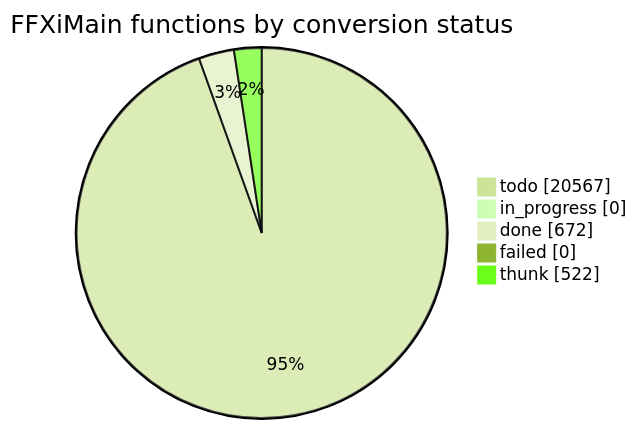
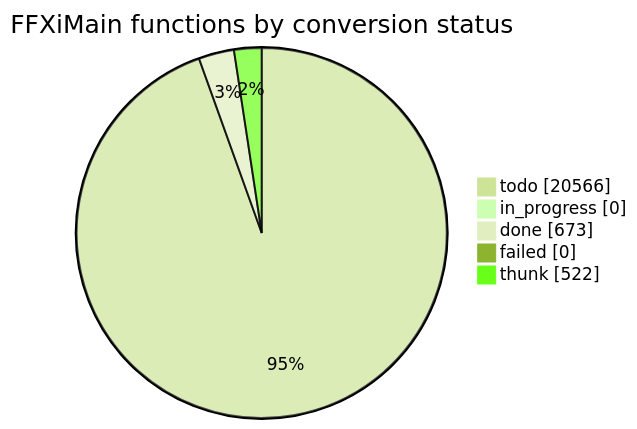
Before and after one commit to cowrevenge/cow_kuluu_xi_anything: the diagram in docs/cow/STATUS.md, drawn with Mermaid (forest theme). The commit also changed other lines of this file and 9 other files, not shown here.

````diff
--- a/docs/cow/STATUS.md
+++ b/docs/cow/STATUS.md
@@ -18,9 +18,9 @@
 ```mermaid
 pie showData
     title FFXiMain functions by conversion status
-    "todo" : 20567
+    "todo" : 20566
     "in_progress" : 0
-    "done" : 672
+    "done" : 673
     "failed" : 0
     "thunk" : 522
 ```
````
